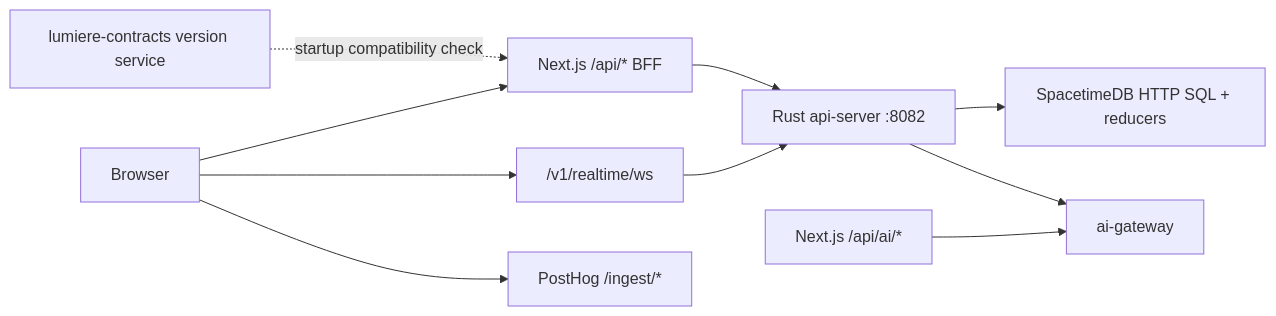
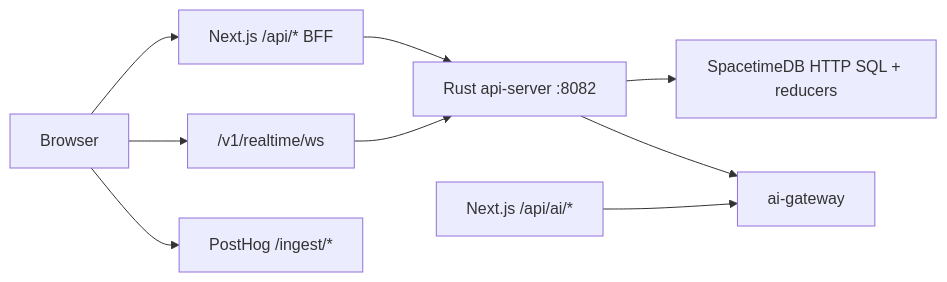
One commit to KevTiv/lumiere-v-1 changed the diagram in docs/ARCHITECTURE.md. Above: the diagram before and after it, drawn with Mermaid. The commit also changed other lines of this file and 7 other files, not shown here.

````diff
--- a/docs/ARCHITECTURE.md
+++ b/docs/ARCHITECTURE.md
@@ -7,12 +7,11 @@
 ```mermaid
 flowchart LR
   Browser --> NextApi["Next.js /api/* BFF"]
-  Contracts["lumiere-contracts version service"] -. startup compatibility check .-> NextApi
   NextApi --> ApiServer["Rust api-server :8082"]
   ApiServer --> StdbHttp["SpacetimeDB HTTP SQL + reducers"]
   Browser --> RealtimeWs["/v1/realtime/ws"]
   RealtimeWs --> ApiServer
   ApiServer --> AiGateway["ai-gateway"]
   Browser --> PostHogIngest["PostHog /ingest/*"]
   NextAi["Next.js /api/ai/*"] --> AiGateway
 ```
````
